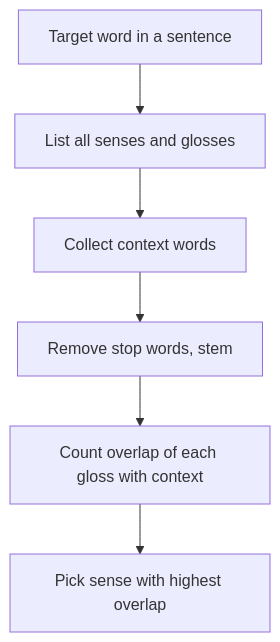
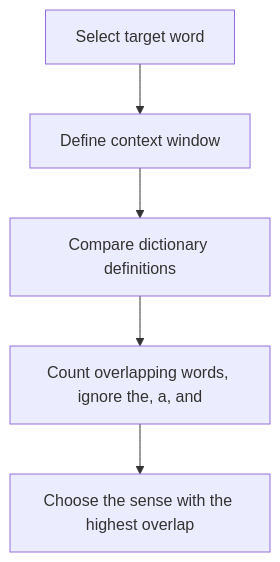
Before and after one commit to TrendySloth1001/sem-seven-notes: the diagram in content/natural-language-processing/pyq/2024-05-ce/q4a.mdx, drawn with Mermaid. The commit also changed other lines of this file and 406 other files, not shown here.

````diff
--- a/content/natural-language-processing/pyq/2024-05-ce/q4a.mdx
+++ b/content/natural-language-processing/pyq/2024-05-ce/q4a.mdx
@@ -17,9 +57,8 @@
 ```mermaid
-%% caption: Lesk flow for one target word. The sense with the highest overlap wins.
+%% caption: The Lesk algorithm as a flow.
 flowchart TD
-  A["Target word in a sentence"] --> B["List all senses and glosses"]
-  B --> C["Collect context words"]
-  C --> D["Remove stop words, stem"]
-  D --> E["Count overlap of each gloss with context"]
-  E --> F["Pick sense with highest overlap"]
+  A["Select target word"] --> B["Define context window"]
+  B --> C["Compare dictionary definitions"]
+  C --> D["Count overlapping words, ignore the, a, and"]
+  D --> E["Choose the sense with the highest overlap"]
 ```
````
